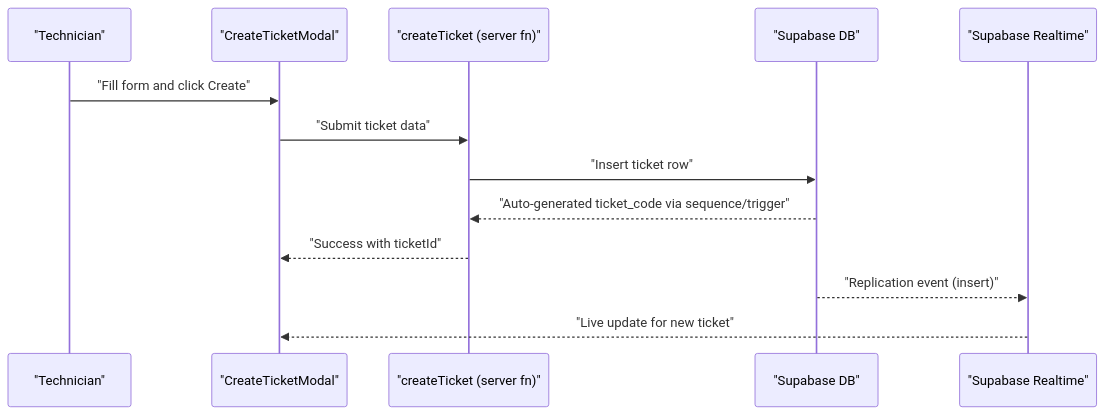
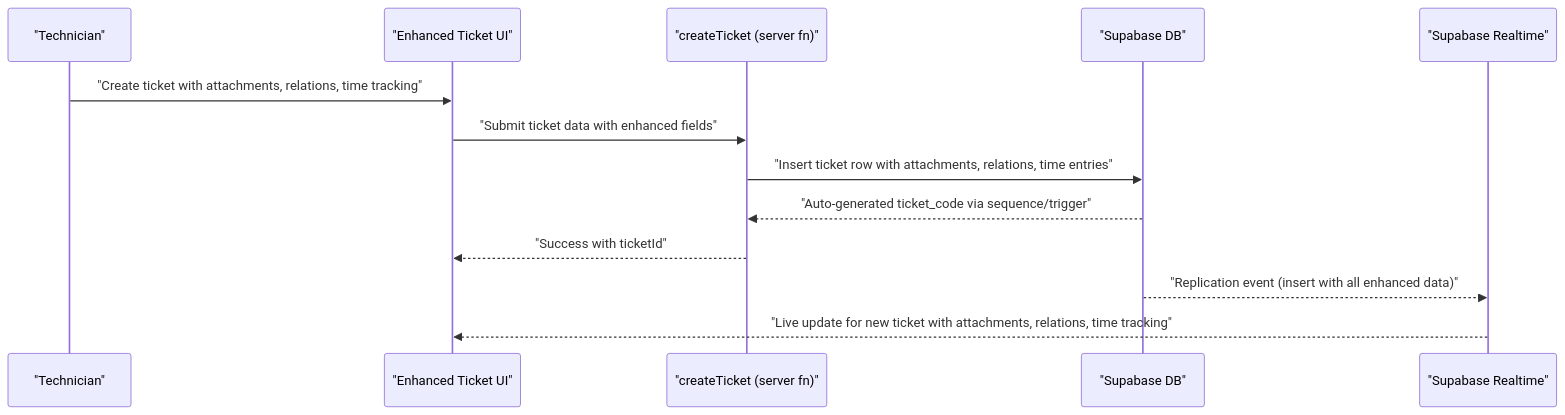
One commit to gastaldellomarco/pcReady changed the second of 14 diagrams in .qoder/repowiki/en/content/Ticket Management System/Ticket Management System.md. Above: the diagram before and after it, drawn with Mermaid. The commit also changed other lines of this file and 19 other files, not shown here.

````diff
--- a/.qoder/repowiki/en/content/Ticket Management System/Ticket Management System.md
+++ b/.qoder/repowiki/en/content/Ticket Management System/Ticket Management System.md
@@ -155,15 +202,15 @@
 ```mermaid
 sequenceDiagram
 participant Tech as "Technician"
-participant UI as "CreateTicketModal"
+participant UI as "Enhanced Ticket UI"
 participant SF as "createTicket (server fn)"
 participant DB as "Supabase DB"
 participant RT as "Supabase Realtime"
-Tech->>UI : "Fill form and click Create"
-UI->>SF : "Submit ticket data"
-SF->>DB : "Insert ticket row"
+Tech->>UI : "Create ticket with attachments, relations, time tracking"
+UI->>SF : "Submit ticket data with enhanced fields"
+SF->>DB : "Insert ticket row with attachments, relations, time entries"
 DB-->>SF : "Auto-generated ticket_code via sequence/trigger"
 SF-->>UI : "Success with ticketId"
-DB-->>RT : "Replication event (insert)"
-RT-->>UI : "Live update for new ticket"
+DB-->>RT : "Replication event (insert with all enhanced data)"
+RT-->>UI : "Live update for new ticket with attachments, relations, time tracking"
 ```
````
